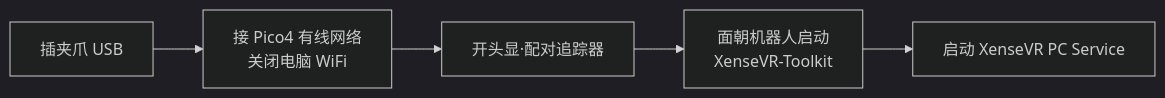
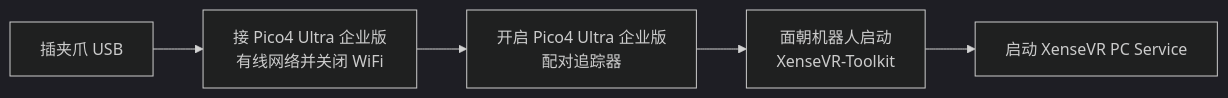
The diagram in docs/quickstart.md (Vertax42/taccap-gripper-docs), drawn with Mermaid (dark theme) before and after one commit. The commit also changed other lines of this file and 3 other files, not shown here.

````diff
--- a/docs/quickstart.md
+++ b/docs/quickstart.md
@@ -16,4 +16,4 @@
 ```mermaid
 flowchart LR
-    A[插夹爪 USB] --> N[接 Pico4 有线网络<br/>关闭电脑 WiFi] --> B[开头显·配对追踪器] --> C[面朝机器人启动<br/>XenseVR-Toolkit] --> D[启动 XenseVR PC Service]
+    A[插夹爪 USB] --> N[接 Pico4 Ultra 企业版<br/>有线网络并关闭 WiFi] --> B[开启 Pico4 Ultra 企业版<br/>配对追踪器] --> C[面朝机器人启动<br/>XenseVR-Toolkit] --> D[启动 XenseVR PC Service]
 ```
````
